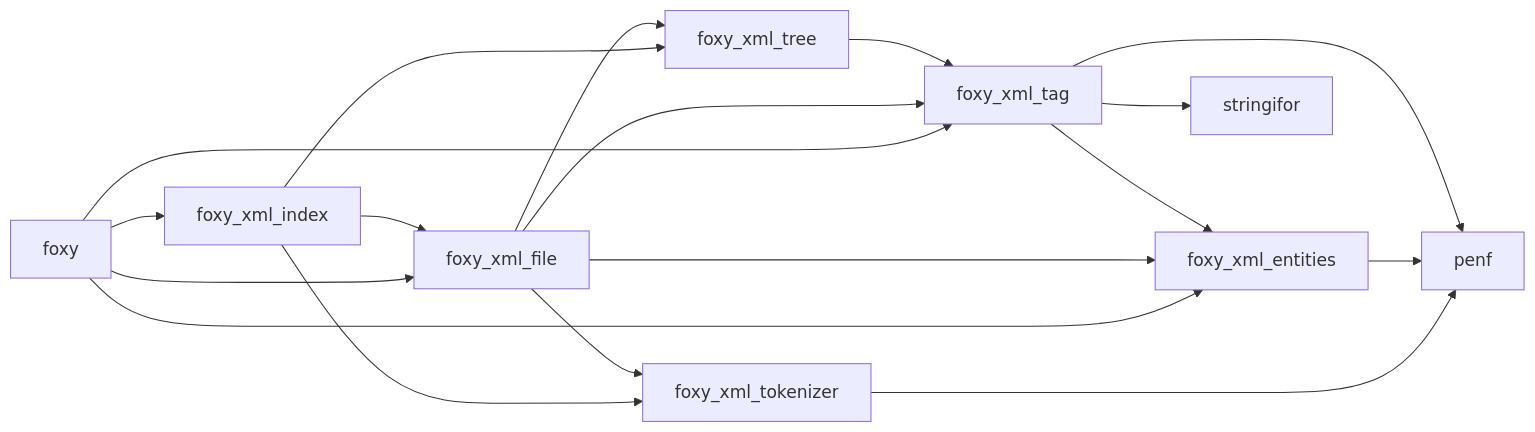
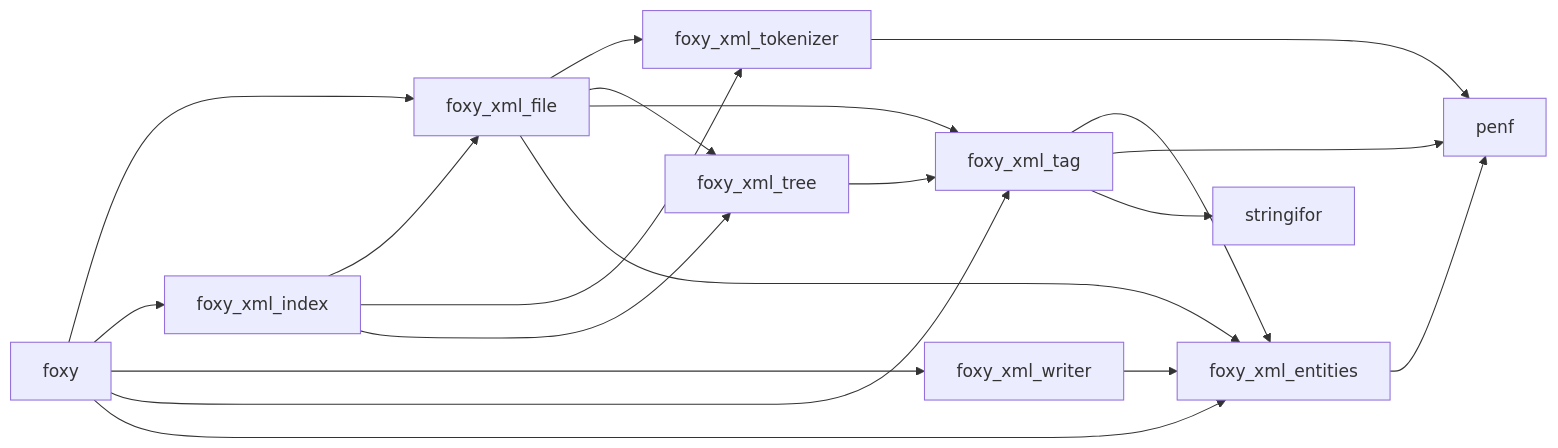
One commit to Fortran-FOSS-Programmers/FoXy changed the diagram in docs/guide/api-reference.md. Above: the diagram before and after it, drawn with Mermaid. The commit also changed other lines of this file and 5 other files, not shown here.

````diff
--- a/docs/guide/api-reference.md
+++ b/docs/guide/api-reference.md
@@ -16,20 +16,22 @@
 ```mermaid
 graph LR
   foxy["foxy"] --> foxy_xml_file["foxy_xml_file"]
   foxy["foxy"] --> foxy_xml_index["foxy_xml_index"]
+  foxy["foxy"] --> foxy_xml_writer["foxy_xml_writer"]
+  foxy_xml_writer["foxy_xml_writer"] --> foxy_xml_entities["foxy_xml_entities"]
   foxy["foxy"] --> foxy_xml_tag["foxy_xml_tag"]
   foxy["foxy"] --> foxy_xml_entities["foxy_xml_entities"]
   foxy_xml_index["foxy_xml_index"] --> foxy_xml_file["foxy_xml_file"]
   foxy_xml_index["foxy_xml_index"] --> foxy_xml_tokenizer["foxy_xml_tokenizer"]
   foxy_xml_index["foxy_xml_index"] --> foxy_xml_tree["foxy_xml_tree"]
   foxy_xml_file["foxy_xml_file"] --> foxy_xml_tokenizer["foxy_xml_tokenizer"]
   foxy_xml_file["foxy_xml_file"] --> foxy_xml_tree["foxy_xml_tree"]
   foxy_xml_file["foxy_xml_file"] --> foxy_xml_tag["foxy_xml_tag"]
   foxy_xml_file["foxy_xml_file"] --> foxy_xml_entities["foxy_xml_entities"]
   foxy_xml_tree["foxy_xml_tree"] --> foxy_xml_tag["foxy_xml_tag"]
   foxy_xml_tokenizer["foxy_xml_tokenizer"] --> penf["penf"]
   foxy_xml_tag["foxy_xml_tag"] --> foxy_xml_entities["foxy_xml_entities"]
   foxy_xml_entities["foxy_xml_entities"] --> penf["penf"]
   foxy_xml_tag["foxy_xml_tag"] --> penf["penf"]
   foxy_xml_tag["foxy_xml_tag"] --> stringifor["stringifor"]
 ```
````
